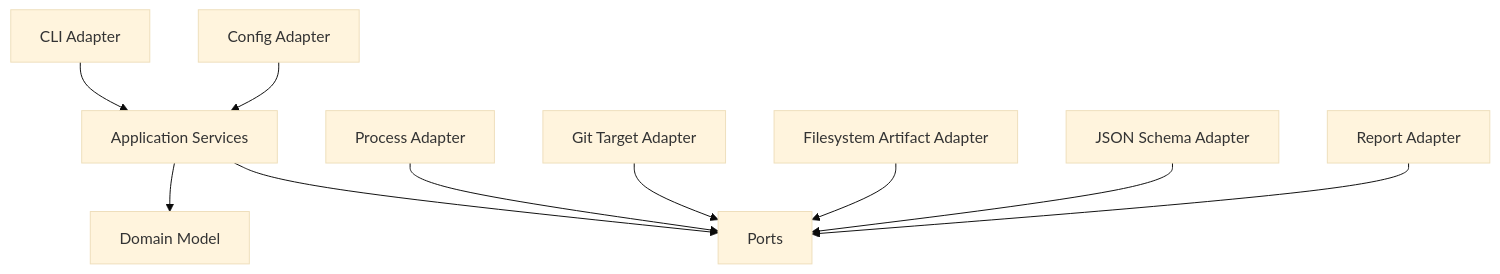
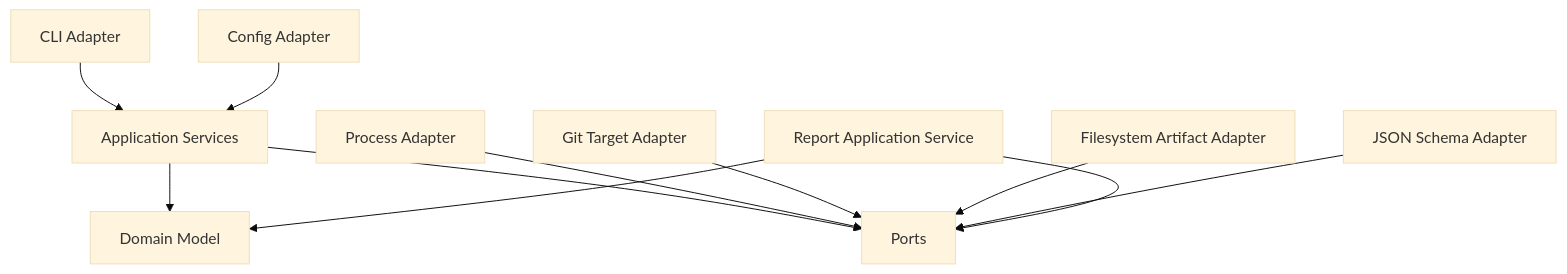
The diagram in sot/docs/11-go-architecture.md (irootkernel/mulgae), drawn with Mermaid (base theme) before and after one commit. The commit also changed other lines of this file and 20 other files, not shown here.

````diff
--- a/sot/docs/11-go-architecture.md
+++ b/sot/docs/11-go-architecture.md
@@ -36,12 +36,13 @@
 ```mermaid
 flowchart TB
     CLI[CLI Adapter] --> APP[Application Services]
     APP --> DOMAIN[Domain Model]
     APP --> PORTS[Ports]
     EXEC[Process Adapter] --> PORTS
     GIT[Git Target Adapter] --> PORTS
     FS[Filesystem Artifact Adapter] --> PORTS
     SCHEMA[JSON Schema Adapter] --> PORTS
-    REPORT[Report Adapter] --> PORTS
+    REPORT[Report Application Service] --> PORTS
+    REPORT --> DOMAIN
     CONFIG[Config Adapter] --> APP
 ```
````
